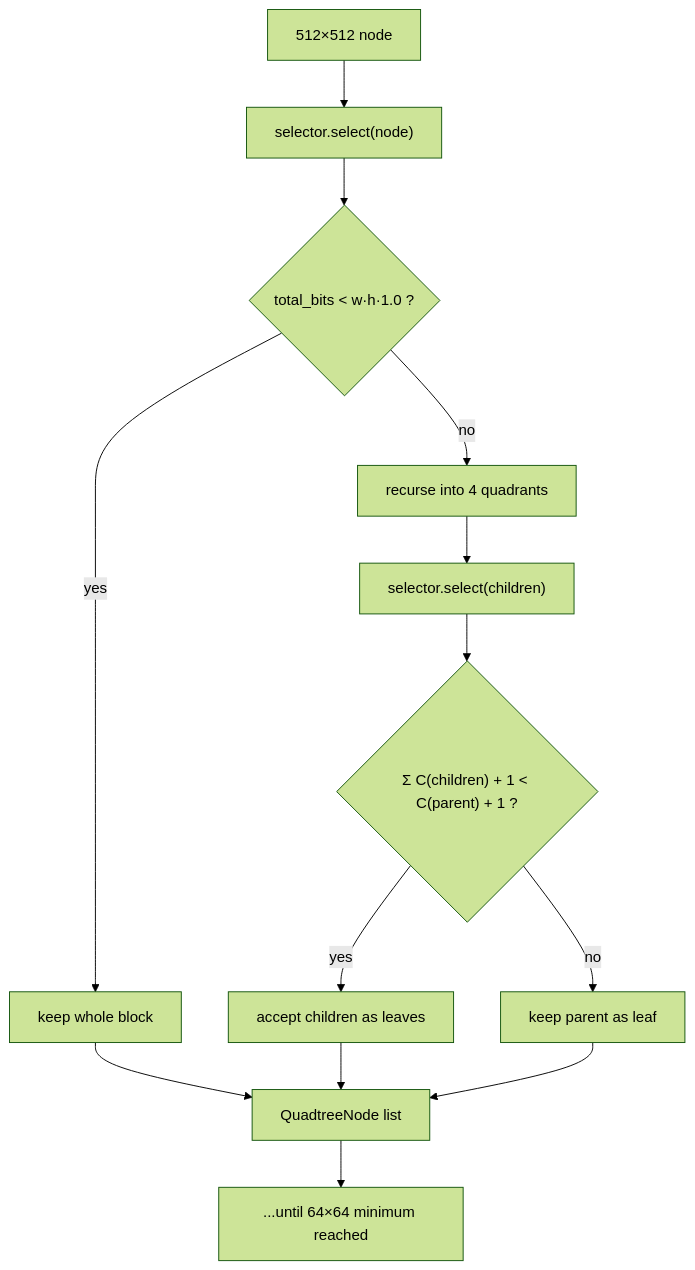
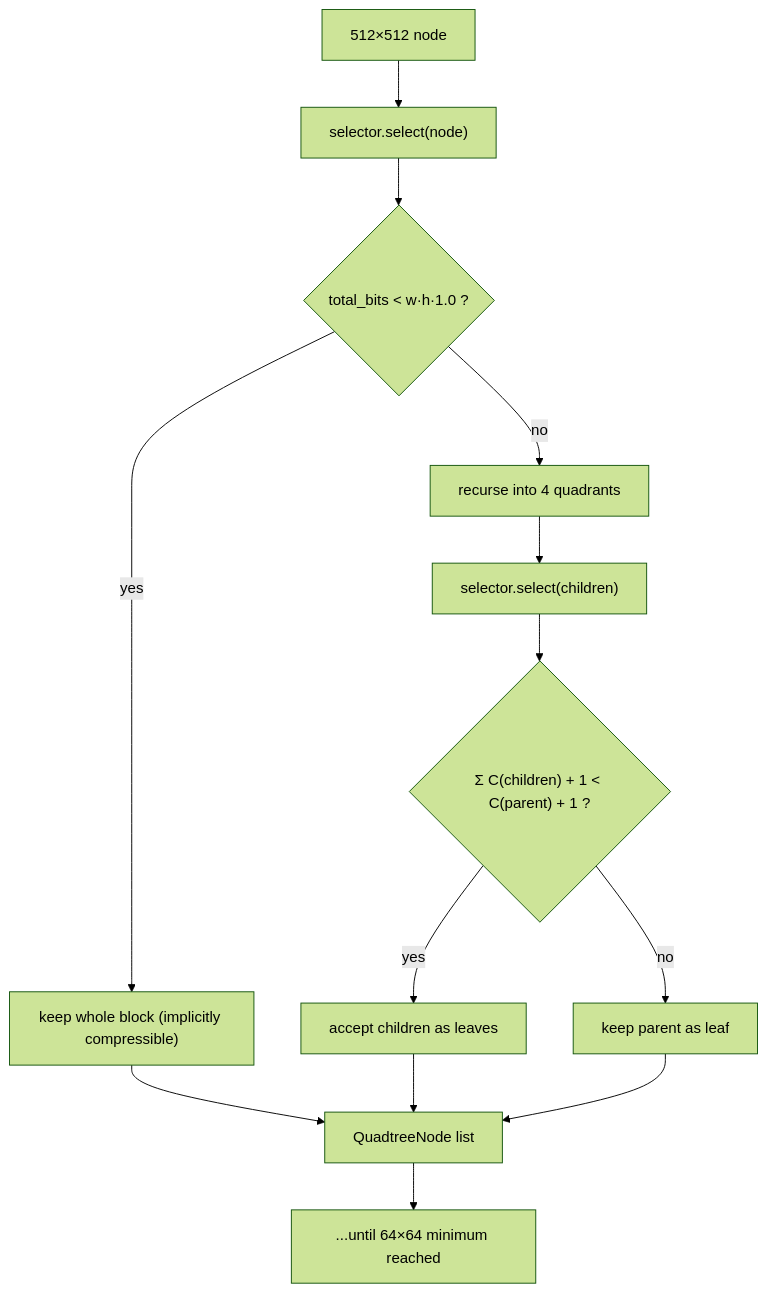
The third of 10 diagrams in docs/pipeline.md (yashwk/libxtm), drawn with Mermaid (forest theme) before and after one commit. The commit also changed other lines of this file and 2 other files, not shown here.

````diff
--- a/docs/pipeline.md
+++ b/docs/pipeline.md
@@ -164,15 +174,15 @@
 ```mermaid
 flowchart TB
     P["512×512 node"] --> SEL1["selector.select(node)"]
     SEL1 --> LEAF1{"total_bits < w·h·1.0 ?"}
-    LEAF1 -- yes --> KEEP1["keep whole block"]
+    LEAF1 -- yes --> KEEP1["keep whole block (implicitly compressible)"]
     LEAF1 -- no --> SPLIT["recurse into 4 quadrants"]
     SPLIT --> SEL2["selector.select(children)"]
     SEL2 --> CMP{"Σ C(children) + 1 < C(parent) + 1 ?"}
     CMP -- yes --> KEEP2["accept children as leaves"]
     CMP -- no --> KEEP3["keep parent as leaf"]
     KEEP1 --> OUT["QuadtreeNode list"]
     KEEP2 --> OUT
     KEEP3 --> OUT
     OUT --> OUT2["...until 64×64 minimum reached"]
 ```
````
